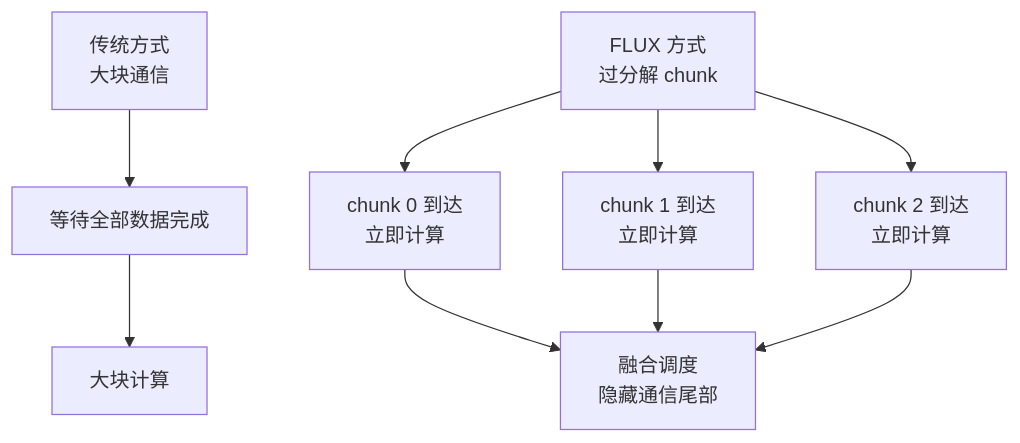
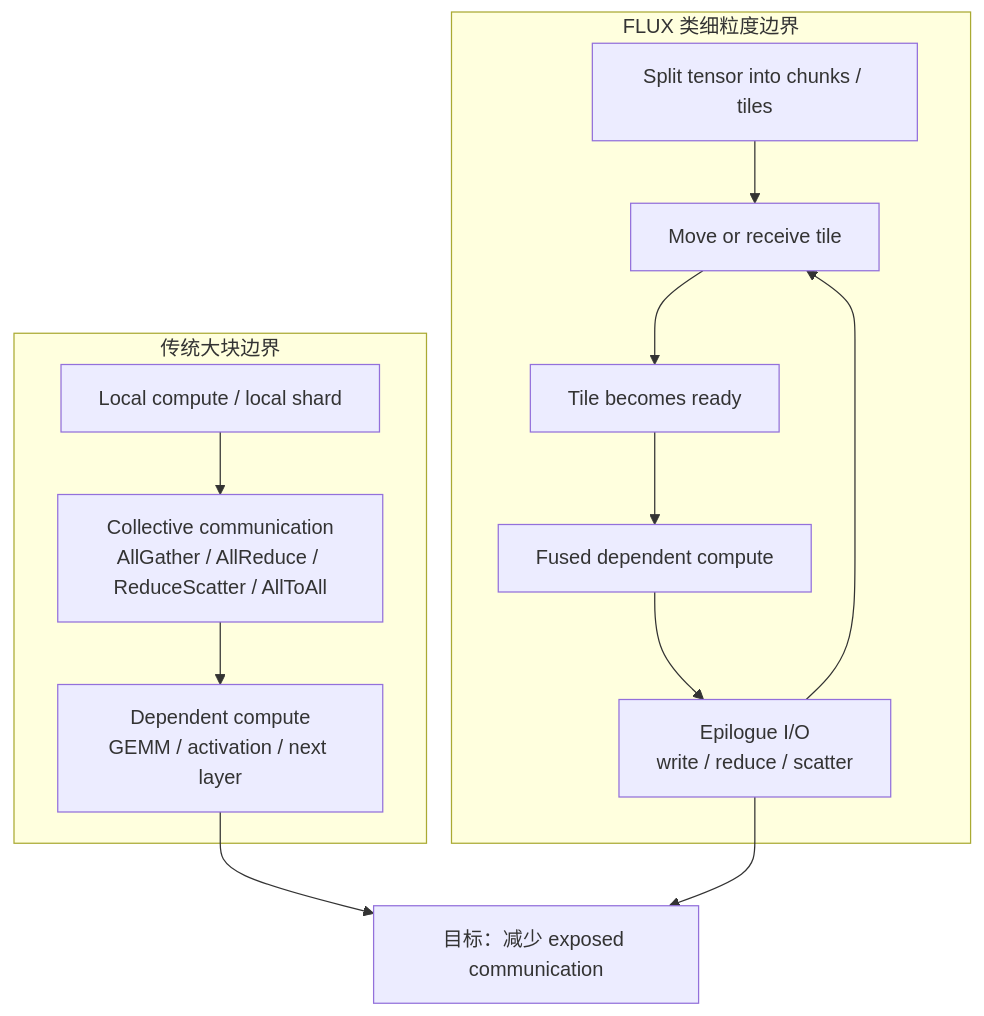
The diagram in docs/04-training-systems/flux-kernel-fusion.md (AmourSec/aikg), drawn with Mermaid before and after one commit. The commit also changed other lines of this file and 5 other files, not shown here.

````diff
--- a/docs/04-training-systems/flux-kernel-fusion.md
+++ b/docs/04-training-systems/flux-kernel-fusion.md
@@ -71,11 +244,18 @@
 ```mermaid
 flowchart TB
-    A["传统方式<br/>大块通信"] --> B["等待全部数据完成"]
-    B --> C["大块计算"]
-    D["FLUX 方式<br/>过分解 chunk"] --> E0["chunk 0 到达<br/>立即计算"]
-    D --> E1["chunk 1 到达<br/>立即计算"]
-    D --> E2["chunk 2 到达<br/>立即计算"]
-    E0 --> F["融合调度<br/>隐藏通信尾部"]
-    E1 --> F
-    E2 --> F
+    subgraph A["传统大块边界"]
+        A1["Local compute / local shard"] --> A2["Collective communication<br/>AllGather / AllReduce / ReduceScatter / AllToAll"]
+        A2 --> A3["Dependent compute<br/>GEMM / activation / next layer"]
+    end
+
+    subgraph B["FLUX 类细粒度边界"]
+        B1["Split tensor into chunks / tiles"] --> B2["Move or receive tile"]
+        B2 --> B3["Tile becomes ready"]
+        B3 --> B4["Fused dependent compute"]
+        B4 --> B5["Epilogue I/O<br/>write / reduce / scatter"]
+        B5 --> B2
+    end
+
+    A3 --> C["目标：减少 exposed communication"]
+    B5 --> C
 ```
````
